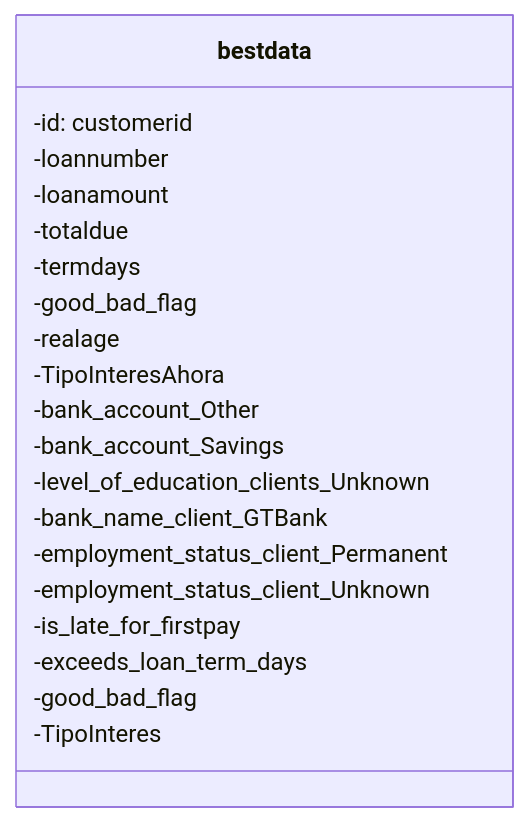
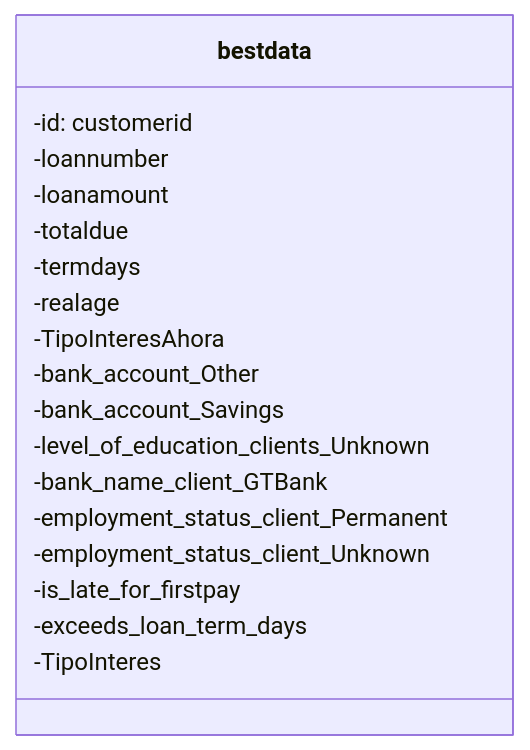
Before and after one commit to Data-Project-3/DataProject3: the second of 3 diagrams in README.md, drawn with Mermaid.

````diff
--- a/README.md
+++ b/README.md
@@ -97,24 +97,22 @@
   ```mermaid
   classDiagram
     direction RL
   class bestdata {
     -id: customerid
     -loannumber
     -loanamount
     -totaldue
     -termdays
-    -good_bad_flag
     -realage
     -TipoInteresAhora
     -bank_account_Other
     -bank_account_Savings
     -level_of_education_clients_Unknown
     -bank_name_client_GTBank
     -employment_status_client_Permanent
     -employment_status_client_Unknown
     -is_late_for_firstpay
     -exceeds_loan_term_days
-    -good_bad_flag
     -TipoInteres
     }
 ```
````
